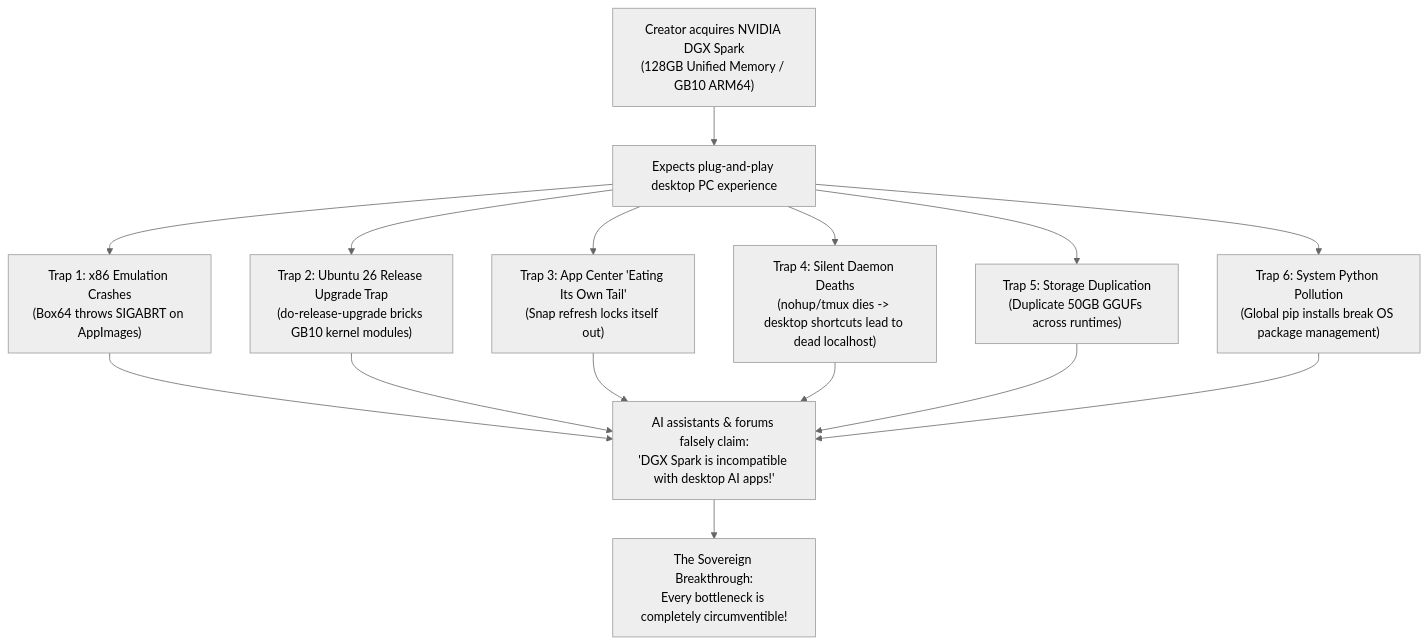
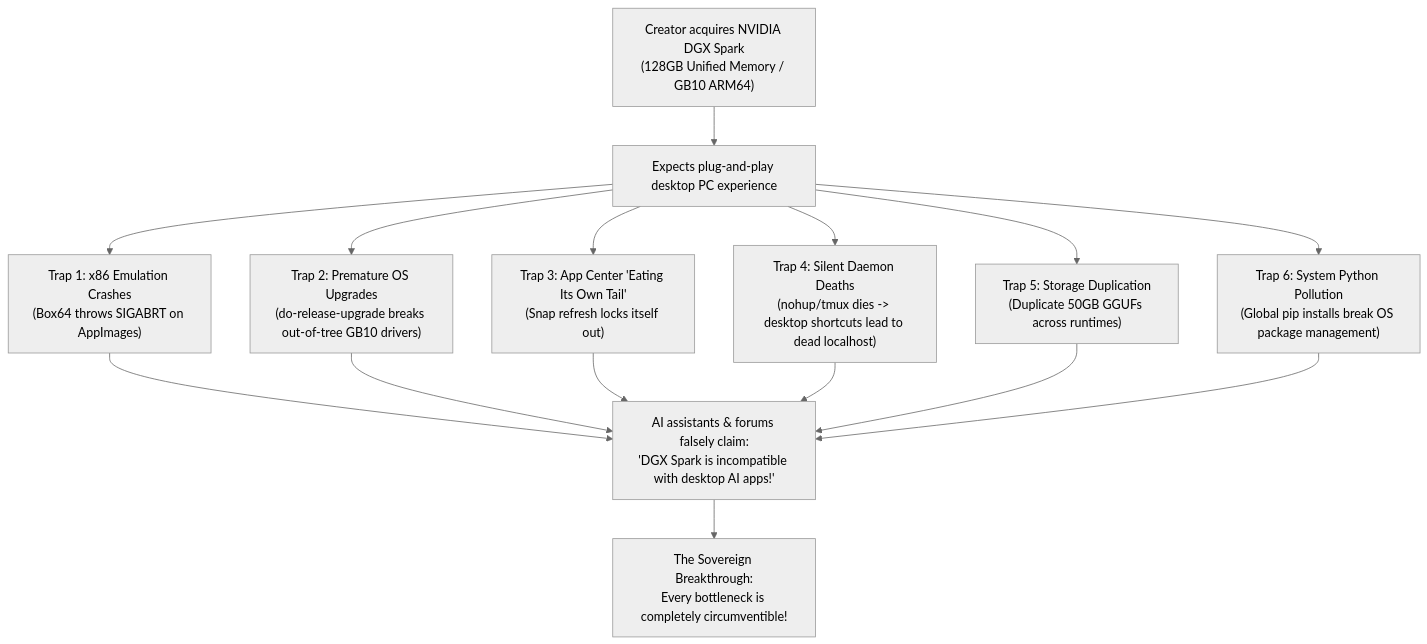
One commit to AjarnSpencer/dgx-spark-agentic-blueprint changed the first of 2 diagrams in README.md. Above: the diagram before and after it, drawn with Mermaid (neutral theme). The commit also changed other lines of this file and 1 other file, not shown here.

````diff
--- a/README.md
+++ b/README.md
@@ -13,18 +13,18 @@
 ```mermaid
 flowchart TD
     A["Creator acquires NVIDIA DGX Spark<br/>(128GB Unified Memory / GB10 ARM64)"] --> B["Expects plug-and-play desktop PC experience"]
     B --> C1["Trap 1: x86 Emulation Crashes<br/>(Box64 throws SIGABRT on AppImages)"]
-    B --> C2["Trap 2: Ubuntu 26 Release Upgrade Trap<br/>(do-release-upgrade bricks GB10 kernel modules)"]
+    B --> C2["Trap 2: Premature OS Upgrades<br/>(do-release-upgrade breaks out-of-tree GB10 drivers)"]
     B --> C3["Trap 3: App Center 'Eating Its Own Tail'<br/>(Snap refresh locks itself out)"]
     B --> C4["Trap 4: Silent Daemon Deaths<br/>(nohup/tmux dies -> desktop shortcuts lead to dead localhost)"]
     B --> C5["Trap 5: Storage Duplication<br/>(Duplicate 50GB GGUFs across runtimes)"]
     B --> C6["Trap 6: System Python Pollution<br/>(Global pip installs break OS package management)"]
     
     C1 --> F["AI assistants & forums falsely claim:<br/>'DGX Spark is incompatible with desktop AI apps!'"]
     C2 --> F
     C3 --> F
     C4 --> F
     C5 --> F
     C6 --> F
     F --> S["The Sovereign Breakthrough:<br/>Every bottleneck is completely circumventible!"]
 ```
````
